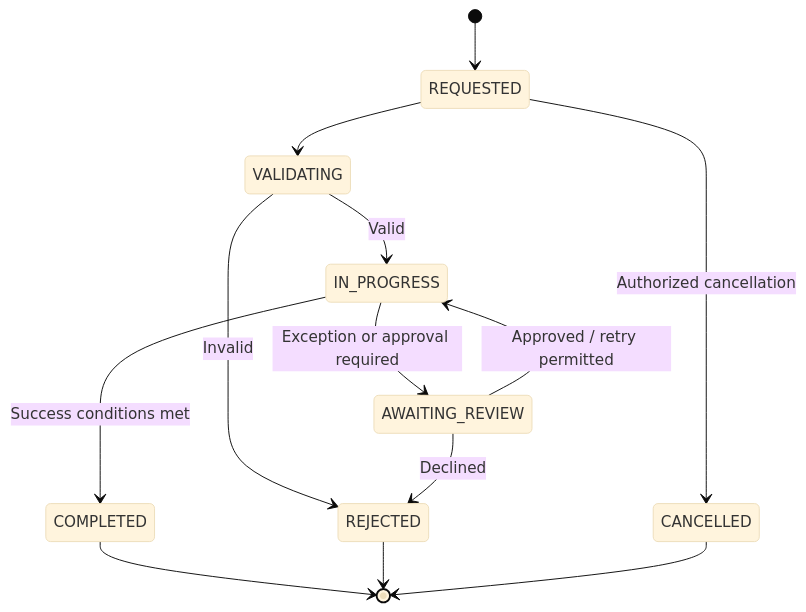
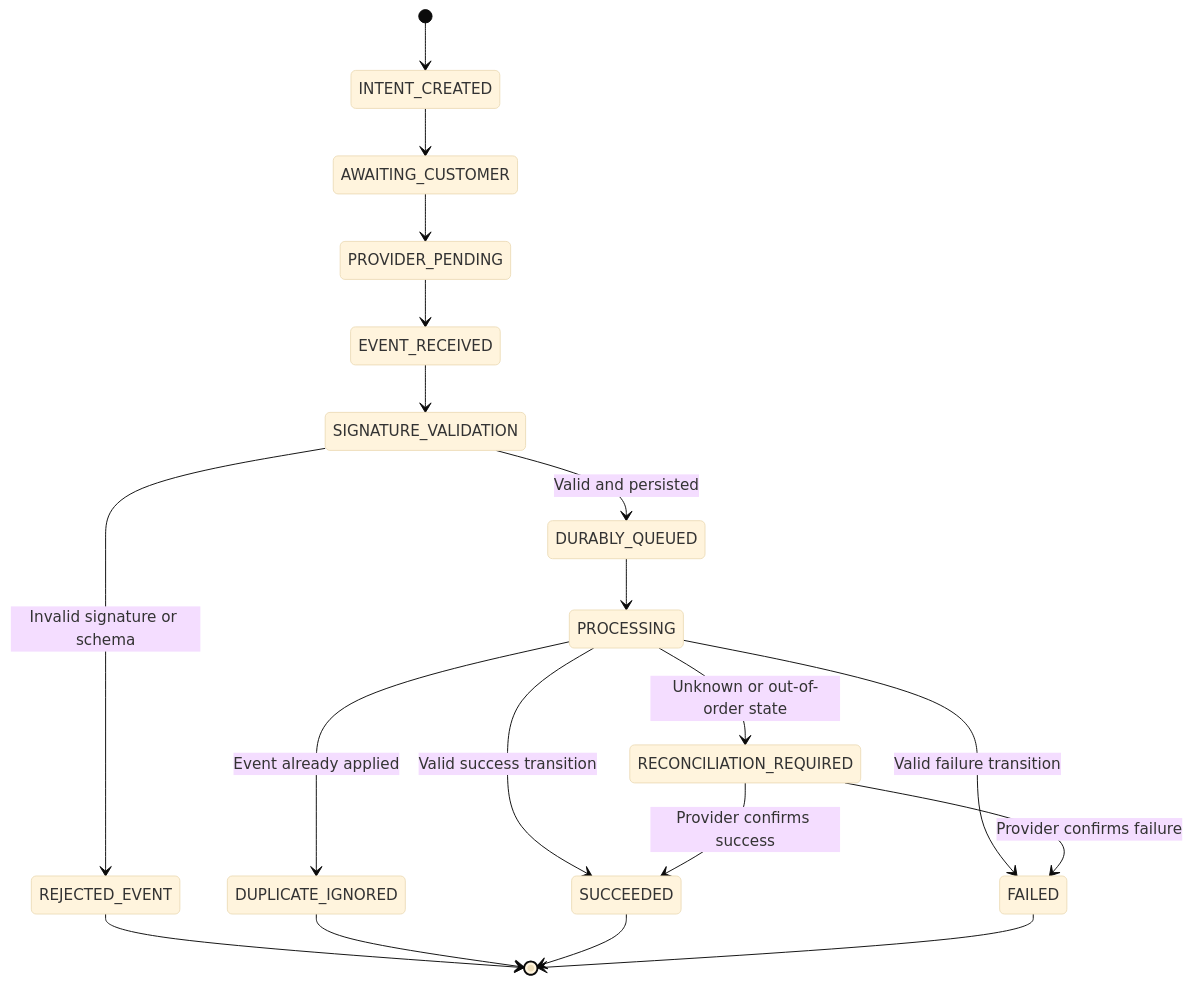
One commit to reviveproject4-source/visual-business-flows changed the third of 3 diagrams in 05-system-integrations/webhook-payment-settlement.md. Above: the diagram before and after it, drawn with Mermaid (base theme). The commit also changed other lines of this file and 14 other files, not shown here.

First line of the commit message:
Align workflow diagrams with business rules and exceptions

````diff
--- a/05-system-integrations/webhook-payment-settlement.md
+++ b/05-system-integrations/webhook-payment-settlement.md
@@ -137,15 +146,21 @@
 ```mermaid
 stateDiagram-v2
-    [*] --> REQUESTED
-    REQUESTED --> VALIDATING
-    VALIDATING --> IN_PROGRESS: Valid
-    VALIDATING --> REJECTED: Invalid
-    IN_PROGRESS --> AWAITING_REVIEW: Exception or approval required
-    AWAITING_REVIEW --> IN_PROGRESS: Approved / retry permitted
-    AWAITING_REVIEW --> REJECTED: Declined
-    IN_PROGRESS --> COMPLETED: Success conditions met
-    REQUESTED --> CANCELLED: Authorized cancellation
-    COMPLETED --> [*]
-    REJECTED --> [*]
-    CANCELLED --> [*]
+    [*] --> INTENT_CREATED
+    INTENT_CREATED --> AWAITING_CUSTOMER
+    AWAITING_CUSTOMER --> PROVIDER_PENDING
+    PROVIDER_PENDING --> EVENT_RECEIVED
+    EVENT_RECEIVED --> SIGNATURE_VALIDATION
+    SIGNATURE_VALIDATION --> REJECTED_EVENT: Invalid signature or schema
+    SIGNATURE_VALIDATION --> DURABLY_QUEUED: Valid and persisted
+    DURABLY_QUEUED --> PROCESSING
+    PROCESSING --> SUCCEEDED: Valid success transition
+    PROCESSING --> FAILED: Valid failure transition
+    PROCESSING --> DUPLICATE_IGNORED: Event already applied
+    PROCESSING --> RECONCILIATION_REQUIRED: Unknown or out-of-order state
+    RECONCILIATION_REQUIRED --> SUCCEEDED: Provider confirms success
+    RECONCILIATION_REQUIRED --> FAILED: Provider confirms failure
+    REJECTED_EVENT --> [*]
+    DUPLICATE_IGNORED --> [*]
+    SUCCEEDED --> [*]
+    FAILED --> [*]
 ```
````
